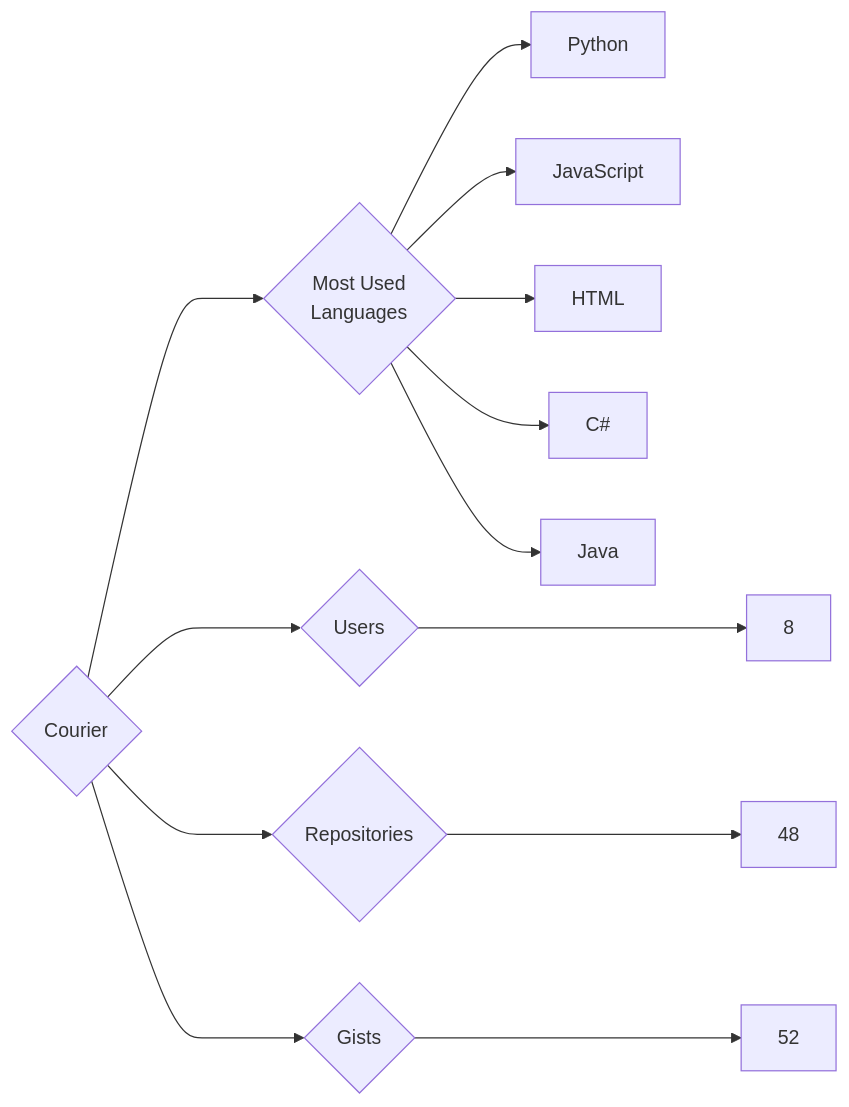
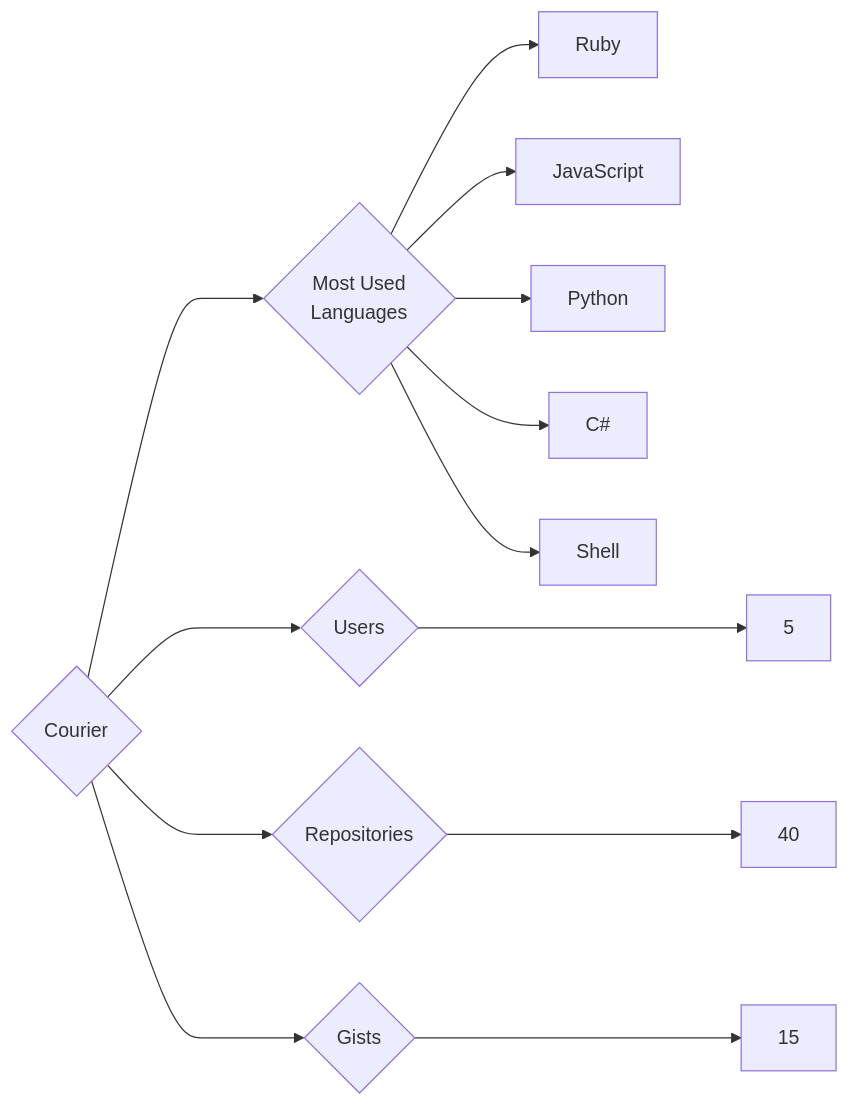
The diagram in targets/Courier/README.md (trickest/insiders), drawn with Mermaid before and after one commit. The commit also changed 757 other files, not shown here.

````diff
--- a/targets/Courier/README.md
+++ b/targets/Courier/README.md
@@ -3,13 +3,13 @@
 ```mermaid
 graph LR
 COMPANY_NAME{Courier}
-COMPANY_NAME ---> U{Users} ---> UN[8]
-COMPANY_NAME ---> R{Repositories} ---> RN[48]
-COMPANY_NAME ---> G{Gists} ---> GN[52]
+COMPANY_NAME ---> U{Users} ---> UN[5]
+COMPANY_NAME ---> R{Repositories} ---> RN[40]
+COMPANY_NAME ---> G{Gists} ---> GN[15]
 COMPANY_NAME ---> ML{Most Used<br>Languages}
+ML --> Ruby[Ruby]
+ML --> JavaScript[JavaScript]
 ML --> Python[Python]
-ML --> JavaScript[JavaScript]
-ML --> HTML[HTML]
 ML --> C#[C#]
-ML --> Java[Java]
+ML --> Shell[Shell]
 ```
````
